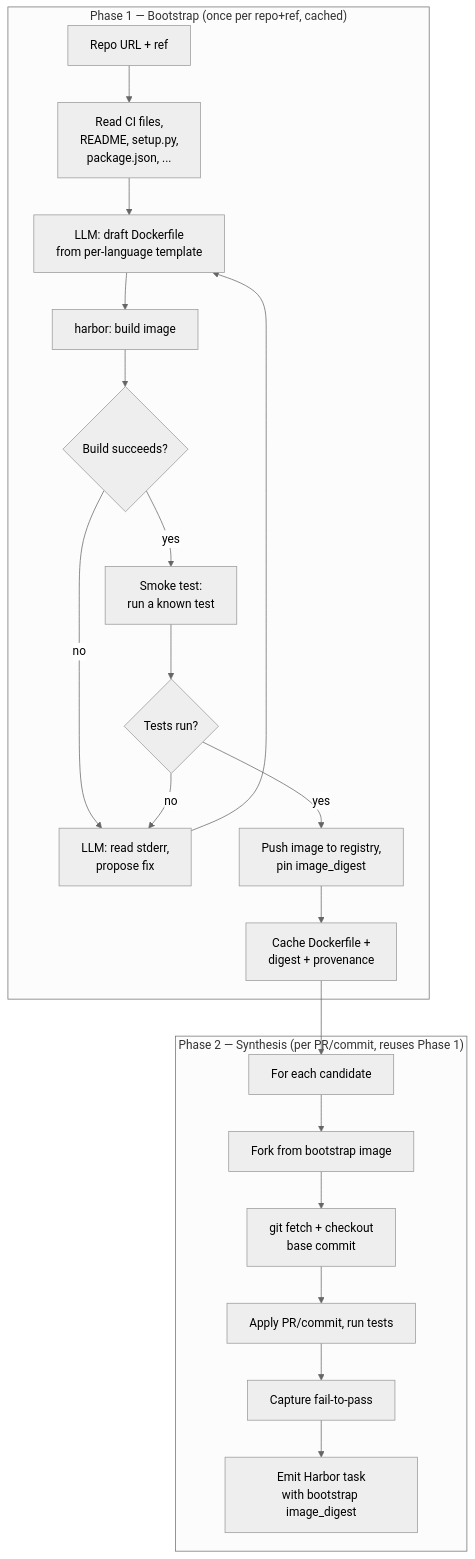
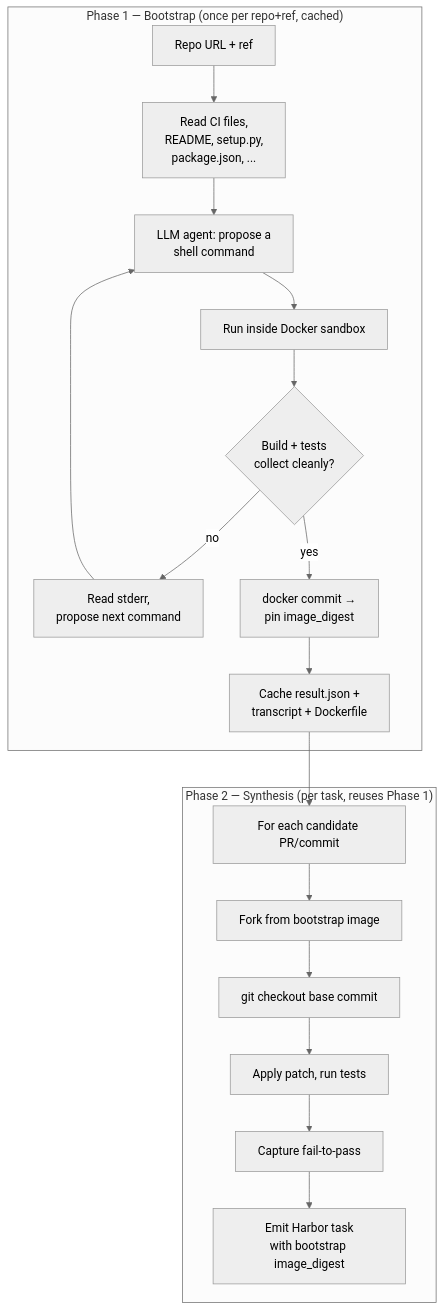
The diagram in docs/reference/BOOTSTRAP.md (HarleyCoops/Repo2RLEnv), drawn with Mermaid (neutral theme) before and after one commit. The commit also changed other lines of this file and 26 other files, not shown here.

````diff
--- a/docs/reference/BOOTSTRAP.md
+++ b/docs/reference/BOOTSTRAP.md
@@ -26,25 +181,22 @@
 ```mermaid
 flowchart TD
     subgraph "Phase 1 — Bootstrap (once per repo+ref, cached)"
         A[Repo URL + ref] --> B[Read CI files,<br/>README, setup.py,<br/>package.json, ...]
-        B --> C[LLM: draft Dockerfile<br/>from per-language template]
-        C --> D[harbor: build image]
-        D --> E{Build succeeds?}
-        E -- no --> F[LLM: read stderr,<br/>propose fix]
+        B --> C[LLM agent: propose a<br/>shell command]
+        C --> D[Run inside Docker sandbox]
+        D --> E{Build + tests<br/>collect cleanly?}
+        E -- no --> F[Read stderr,<br/>propose next command]
         F --> C
-        E -- yes --> G[Smoke test:<br/>run a known test]
-        G --> H{Tests run?}
-        H -- no --> F
-        H -- yes --> I[Push image to registry,<br/>pin image_digest]
-        I --> J[Cache Dockerfile +<br/>digest + provenance]
+        E -- yes --> G[docker commit →<br/>pin image_digest]
+        G --> H[Cache result.json +<br/>transcript + Dockerfile]
     end
 
-    subgraph "Phase 2 — Synthesis (per PR/commit, reuses Phase 1)"
-        J --> K[For each candidate]
+    subgraph "Phase 2 — Synthesis (per task, reuses Phase 1)"
+        H --> K[For each candidate PR/commit]
         K --> L[Fork from bootstrap image]
-        L --> M[git fetch + checkout<br/>base commit]
-        M --> N[Apply PR/commit, run tests]
+        L --> M[git checkout base commit]
+        M --> N[Apply patch, run tests]
         N --> O[Capture fail-to-pass]
         O --> P[Emit Harbor task<br/>with bootstrap image_digest]
     end
 ```
````
